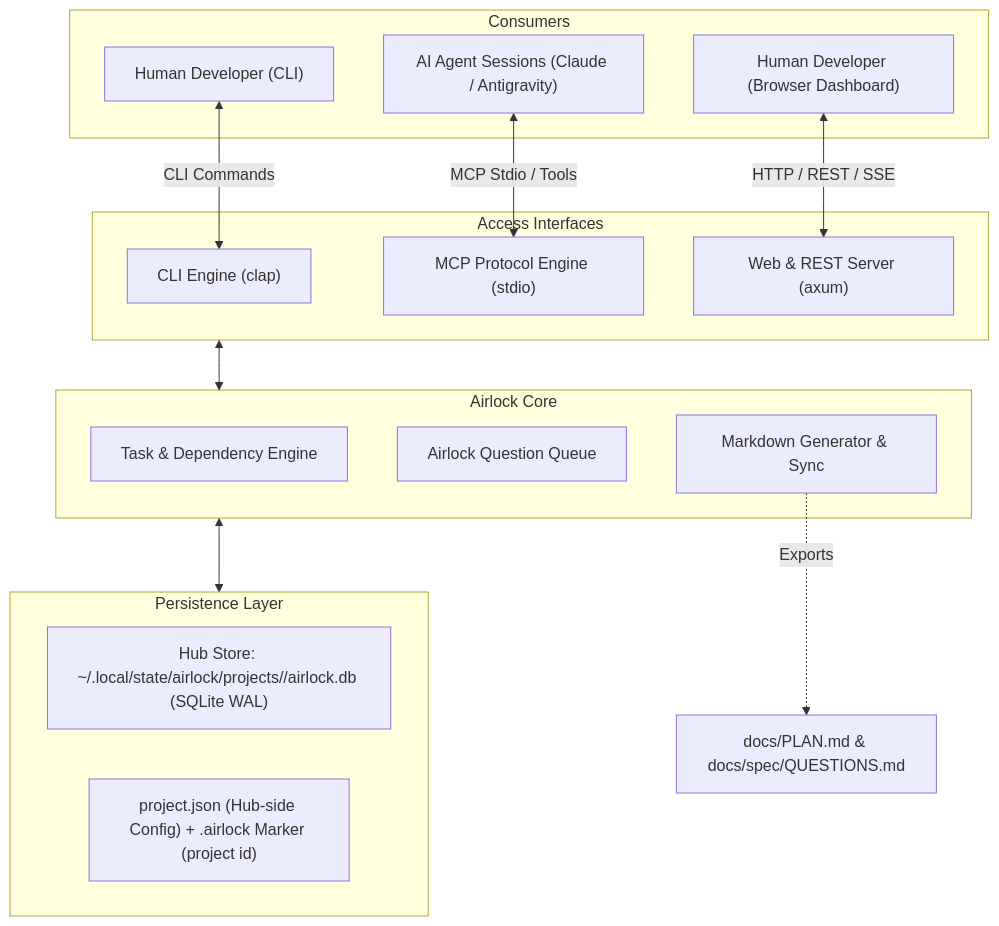
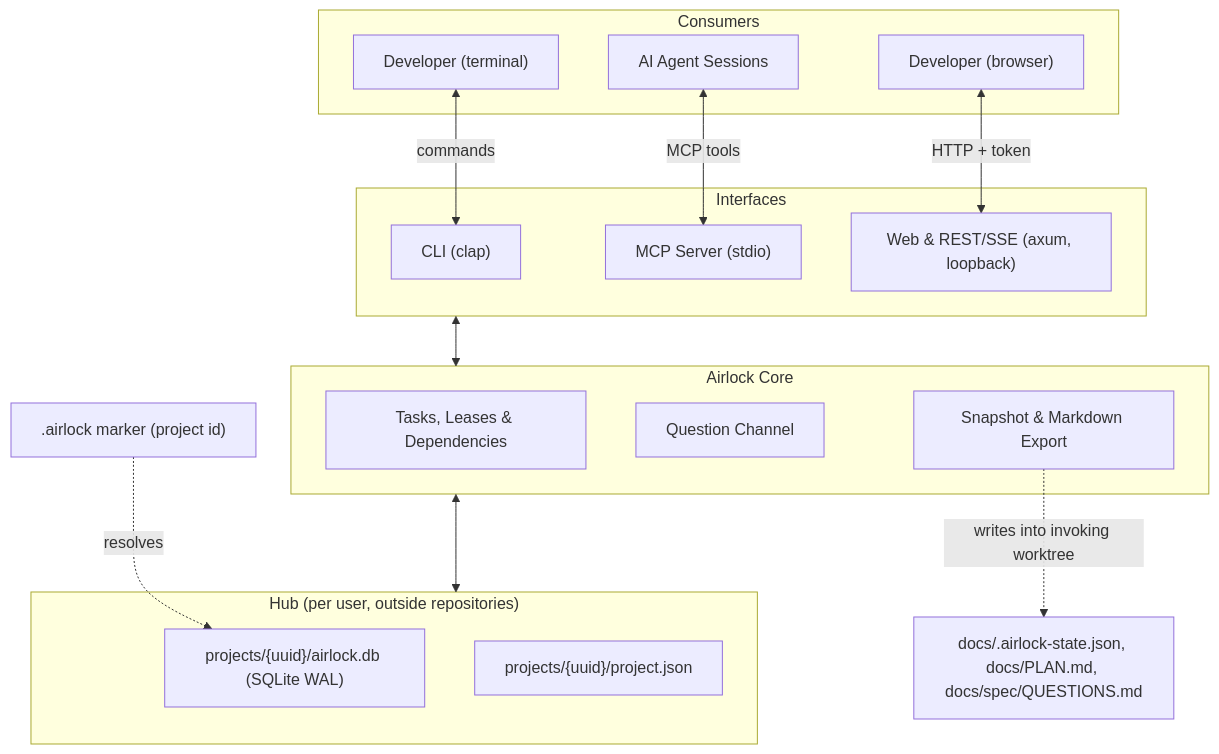
One commit to Pappet/airlock changed the diagram in PROJECT_OVERVIEW.md. Above: the diagram before and after it, drawn with Mermaid. The commit also changed other lines of this file and 23 other files, not shown here.

````diff
--- a/PROJECT_OVERVIEW.md
+++ b/PROJECT_OVERVIEW.md
@@ -50,33 +52,34 @@
 ```mermaid
 graph TD
-    subgraph Storage ["Persistence Layer"]
-        DB["Hub Store: ~/.local/state/airlock/projects/<uuid>/airlock.db (SQLite WAL)"]
-        Config["project.json (Hub-side Config) + .airlock Marker (project id)"]
+    subgraph Storage ["Hub (per user, outside repositories)"]
+        DB["projects/{uuid}/airlock.db (SQLite WAL)"]
+        Config["projects/{uuid}/project.json"]
     end
 
     subgraph CoreEngine ["Airlock Core"]
-        TaskEngine["Task & Dependency Engine"]
-        QuestionEngine["Airlock Question Queue"]
-        SyncEngine["Markdown Generator & Sync"]
+        TaskEngine["Tasks, Leases & Dependencies"]
+        QuestionEngine["Question Channel"]
+        SyncEngine["Snapshot & Markdown Export"]
     end
 
-    subgraph Interfaces ["Access Interfaces"]
-        CLIHandler["CLI Engine (clap)"]
-        MCPHandler["MCP Protocol Engine (stdio)"]
-        WebHandler["Web & REST Server (axum)"]
+    subgraph Interfaces ["Interfaces"]
+        CLIHandler["CLI (clap)"]
+        MCPHandler["MCP Server (stdio)"]
+        WebHandler["Web & REST/SSE (axum, loopback)"]
     end
 
     subgraph Consumers ["Consumers"]
-        AgentSession["AI Agent Sessions (Claude / Antigravity)"]
-        TerminalUser["Human Developer (CLI)"]
-        WebBrowser["Human Developer (Browser Dashboard)"]
+        AgentSession["AI Agent Sessions"]
+        TerminalUser["Developer (terminal)"]
+        WebBrowser["Developer (browser)"]
     end
 
     Interfaces <--> CoreEngine
     CoreEngine <--> Storage
-    SyncEngine -.->|Exports| GitFiles["docs/PLAN.md & docs/spec/QUESTIONS.md"]
+    SyncEngine -.->|writes into invoking worktree| GitFiles["docs/.airlock-state.json, docs/PLAN.md, docs/spec/QUESTIONS.md"]
+    Marker[".airlock marker (project id)"] -.->|resolves| DB
 
-    AgentSession <-->|MCP Stdio / Tools| MCPHandler
-    TerminalUser <-->|CLI Commands| CLIHandler
-    WebBrowser <-->|HTTP / REST / SSE| WebHandler
+    AgentSession <-->|MCP tools| MCPHandler
+    TerminalUser <-->|commands| CLIHandler
+    WebBrowser <-->|HTTP + token| WebHandler
 ```
````
